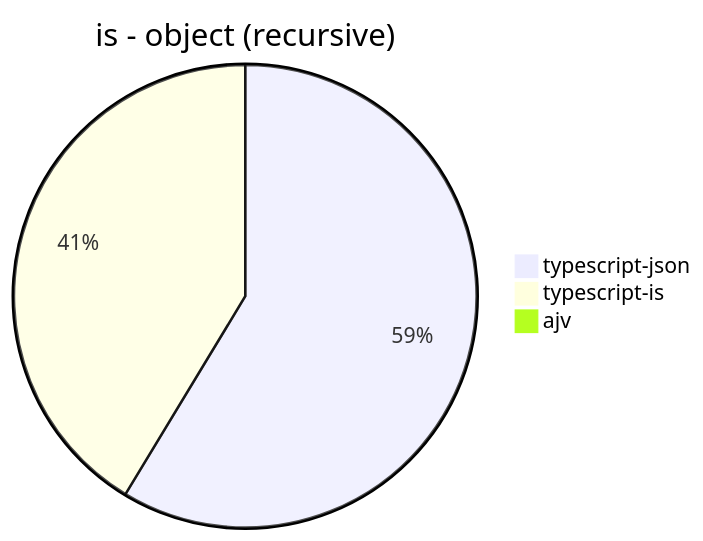
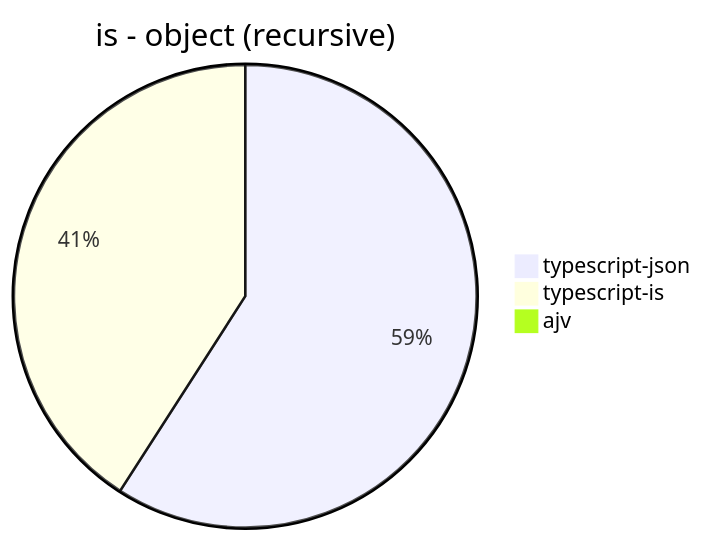
The eighth of 30 diagrams in benchmark/results/Apple M1.md (samchon/typia), drawn with Mermaid before and after one commit. The commit also changed other lines of this file, not shown here.

````diff
--- a/benchmark/results/Apple M1.md
+++ b/benchmark/results/Apple M1.md
@@ -84,6 +85,6 @@
 ```mermaid
 pie title is - object (recursive)
-  "typescript-json": 68605.35055350553
-  "typescript-is": 48339.29559284529
+  "typescript-json": 70043.35638198467
+  "typescript-is": 48482.72693862551
   "ajv": 0
 ```
````
